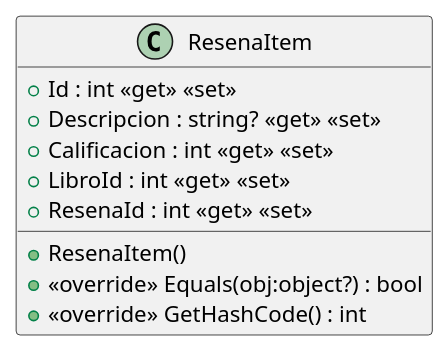
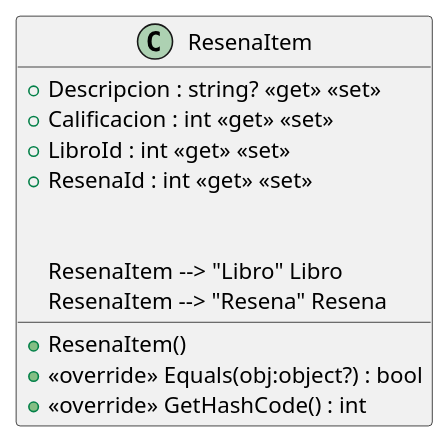
One commit to ISII2627NPA/ISII2627NPA changed the diagram in src/AppForSEII.API/ClassDiagram/ResenaItem.puml. Above: the diagram before and after it, drawn with PlantUML. The commit also changed 4 other files, not shown here.

```diff
--- a/src/AppForSEII.API/ClassDiagram/ResenaItem.puml
+++ b/src/AppForSEII.API/ClassDiagram/ResenaItem.puml
@@ -1,12 +1,15 @@
 @startuml
 class ResenaItem {
     + ResenaItem()
-    + Id : int <<get>> <<set>>
     + Descripcion : string? <<get>> <<set>>
     + Calificacion : int <<get>> <<set>>
     + LibroId : int <<get>> <<set>>
     + ResenaId : int <<get>> <<set>>
     + <<override>> Equals(obj:object?) : bool
     + <<override>> GetHashCode() : int
+
+
+    ResenaItem --> "Libro" Libro
+    ResenaItem --> "Resena" Resena
 }
 @enduml
```
